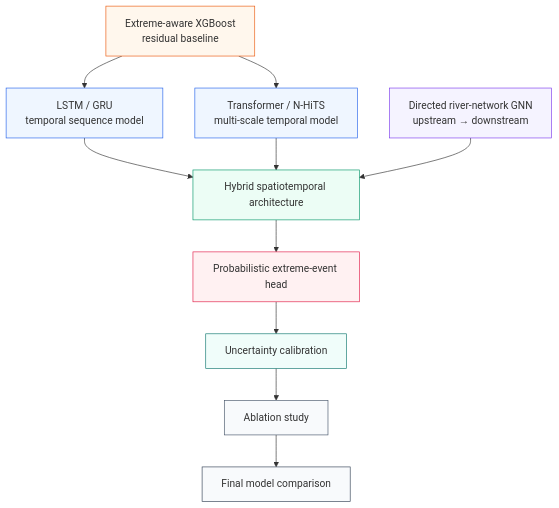
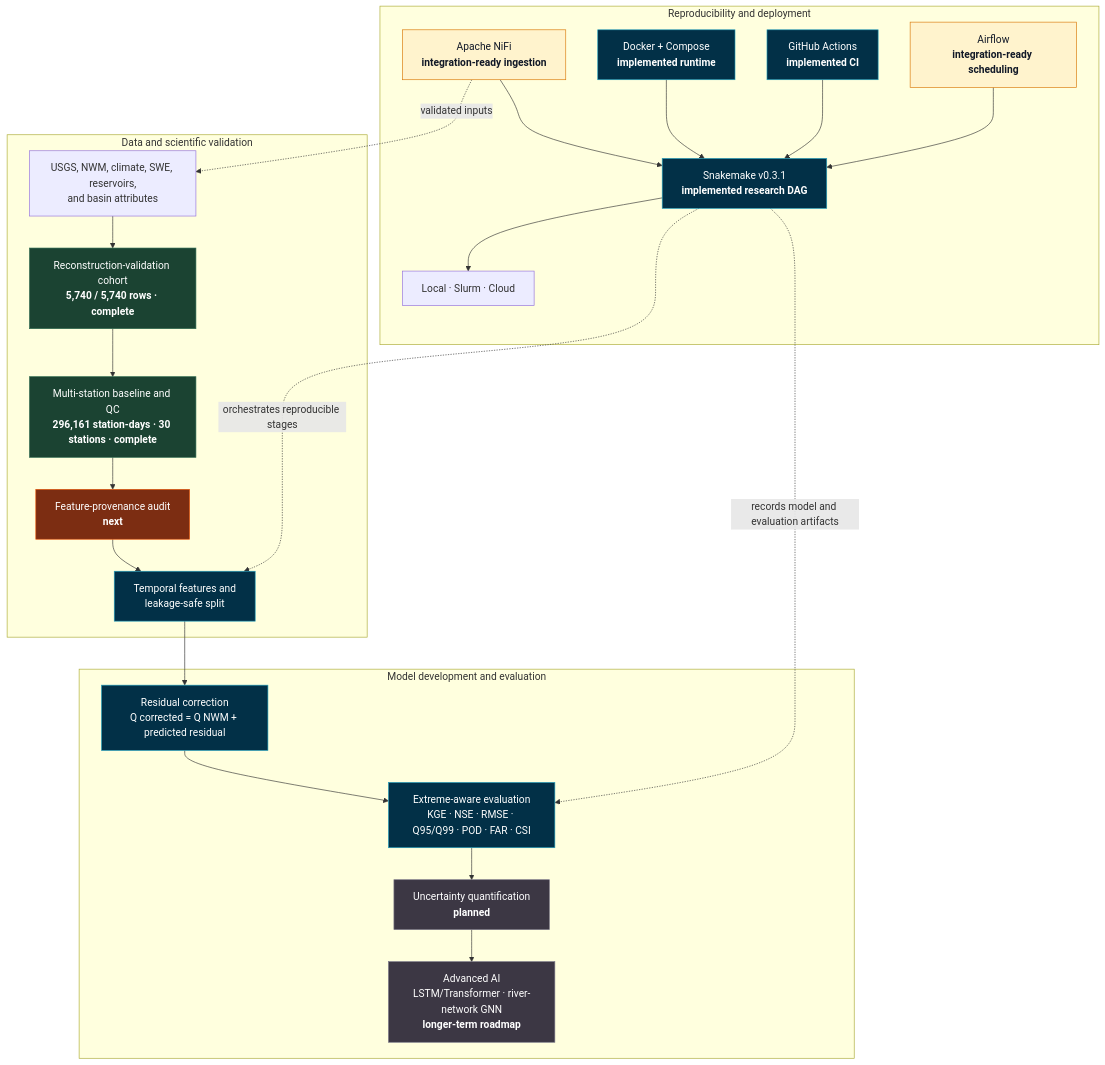
The diagram in README.md (mtariqi/HYDRO-FLOW-AI), drawn with Mermaid before and after one commit. The commit also changed other lines of this file, not shown here.

````diff
--- a/README.md
+++ b/README.md
@@ -502,35 +83,50 @@
 ```mermaid
 flowchart TD
+    subgraph DATA["Data and scientific validation"]
+        A["USGS, NWM, climate, SWE, reservoirs,<br/>and basin attributes"]
+        B["Reconstruction-validation cohort<br/><b>5,740 / 5,740 rows · complete</b>"]
+        C["Multi-station baseline and QC<br/><b>296,161 station-days · 30 stations · complete</b>"]
+        D["Feature-provenance audit<br/><b>next</b>"]
+        E["Temporal features and<br/>leakage-safe split"]
+        A --> B --> C --> D --> E
+    end
 
-    A["Extreme-aware XGBoost<br/>residual baseline"]
-    B["LSTM / GRU<br/>temporal sequence model"]
-    C["Transformer / N-HiTS<br/>multi-scale temporal model"]
-    D["Directed river-network GNN<br/>upstream → downstream"]
-    E["Hybrid spatiotemporal architecture"]
-    F["Probabilistic extreme-event head"]
-    G["Uncertainty calibration"]
-    H["Ablation study"]
-    I["Final model comparison"]
+    subgraph SCIENCE["Model development and evaluation"]
+        F["Residual correction<br/>Q corrected = Q NWM + predicted residual"]
+        G["Extreme-aware evaluation<br/>KGE · NSE · RMSE · Q95/Q99 · POD · FAR · CSI"]
+        H["Uncertainty quantification<br/><b>planned</b>"]
+        I["Advanced AI<br/>LSTM/Transformer · river-network GNN<br/><b>longer-term roadmap</b>"]
+        F --> G --> H --> I
+    end
 
-    A --> B
-    A --> C
-
-    B --> E
-    C --> E
-    D --> E
+    subgraph PLATFORM["Reproducibility and deployment"]
+        N["Apache NiFi<br/><b>integration-ready ingestion</b>"]
+        S["Snakemake v0.3.1<br/><b>implemented research DAG</b>"]
+        K["Docker + Compose<br/><b>implemented runtime</b>"]
+        C1["GitHub Actions<br/><b>implemented CI</b>"]
+        AF["Airflow<br/><b>integration-ready scheduling</b>"]
+        R["Local · Slurm · Cloud"]
+        N --> S
+        K --> S
+        C1 --> S
+        AF --> S
+        S --> R
+    end
 
     E --> F
-    F --> G
-    G --> H
-    H --> I
+    N -. "validated inputs" .-> A
+    S -. "orchestrates reproducible stages" .-> E
+    S -. "records model and evaluation artifacts" .-> G
 
-    style A fill:#fff7ed,stroke:#ea580c
-    style B fill:#eff6ff,stroke:#2563eb
-    style C fill:#eff6ff,stroke:#2563eb
-    style D fill:#f5f3ff,stroke:#7c3aed
-    style E fill:#ecfdf5,stroke:#059669
-    style F fill:#fff1f2,stroke:#e11d48
-    style G fill:#f0fdfa,stroke:#0f766e
-    style H fill:#f8fafc,stroke:#475569
-    style I fill:#f8fafc,stroke:#334155
+    classDef complete fill:#1b4332,stroke:#2d6a4f,color:#fff;
+    classDef next fill:#7c2d12,stroke:#ea580c,color:#fff;
+    classDef active fill:#023047,stroke:#219ebc,color:#fff;
+    classDef planned fill:#3c3744,stroke:#7a7788,color:#fff;
+    classDef integration fill:#fff3cd,stroke:#d97706,color:#111827;
+
+    class B,C complete;
+    class D next;
+    class E,F,G,S,K,C1 active;
+    class H,I planned;
+    class N,AF integration;
 ```
````
